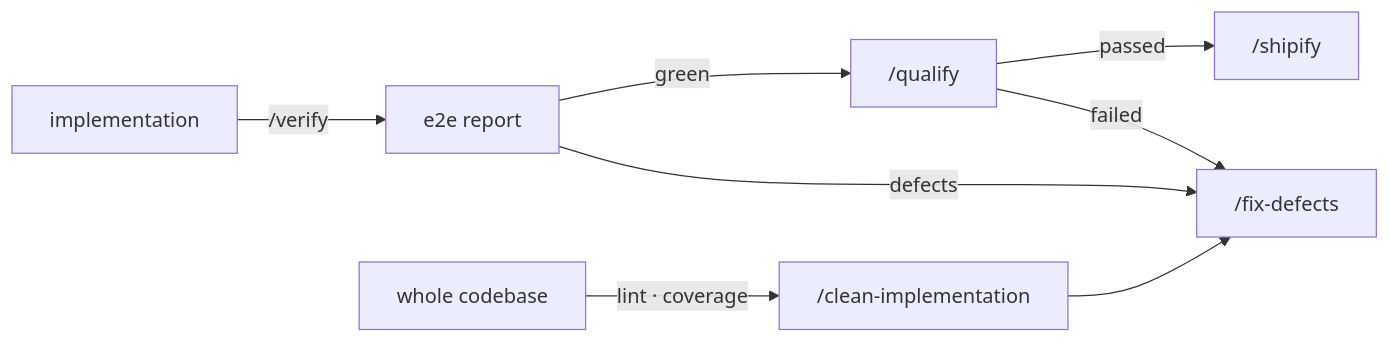
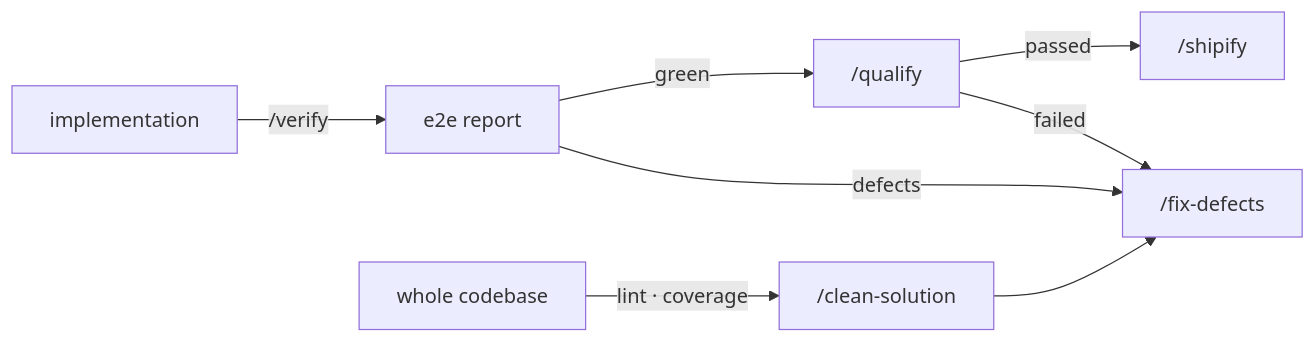
The fifth of 5 diagrams in docs/AIDD.workflow.md (AIDDbot/AIDDbot), drawn with Mermaid before and after one commit. The commit also changed other lines of this file and 11 other files, not shown here.

First line of the commit message:
feat(commands): introduce clean-solution command and update related documentation

````diff
--- a/docs/AIDD.workflow.md
+++ b/docs/AIDD.workflow.md
@@ -111,10 +111,10 @@
 ```mermaid
 flowchart LR
   CODE[implementation] -->|/verify| VER[e2e report]
   VER -->|defects| FIX["/fix-defects"]
   VER -->|green| QLF["/qualify"]
   QLF -->|failed| FIX
   QLF -->|passed| REL["/shipify"]
-  BASE[whole codebase] -->|lint · coverage| CLEAN["/clean-implementation"]
+  BASE[whole codebase] -->|lint · coverage| CLEAN["/clean-solution"]
   CLEAN --> FIX
 ```
````
